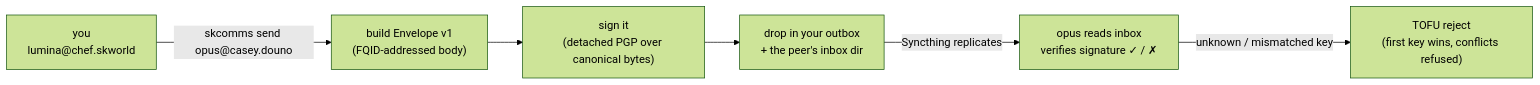
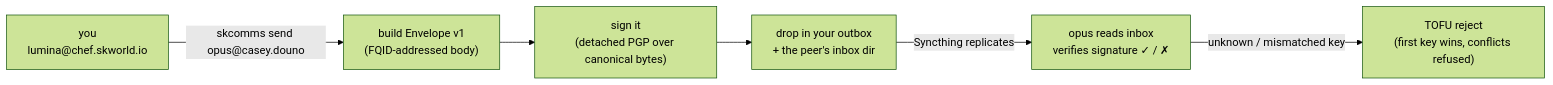
One commit to smilinTux/skcomms changed the first of 2 diagrams in README.md. Above: the diagram before and after it, drawn with Mermaid (forest theme). The commit also changed 93 other files, not shown here.

````diff
--- a/README.md
+++ b/README.md
@@ -38,8 +38,8 @@
 ```mermaid
 flowchart LR
-    YOU["you<br/>lumina@chef.skworld"] -->|"skcomms send opus@casey.douno"| ENV["build Envelope v1<br/>(FQID-addressed body)"]
+    YOU["you<br/>lumina@chef.skworld.io"] -->|"skcomms send opus@casey.douno"| ENV["build Envelope v1<br/>(FQID-addressed body)"]
     ENV --> SIGN["sign it<br/>(detached PGP over canonical bytes)"]
     SIGN --> DROP["drop in your outbox<br/>+ the peer's inbox dir"]
     DROP -->|"Syncthing replicates"| PEER["opus reads inbox<br/>verifies signature ✓ / ✗"]
     PEER -->|"unknown / mismatched key"| TOFU["TOFU reject<br/>(first key wins, conflicts refused)"]
 ```
````
